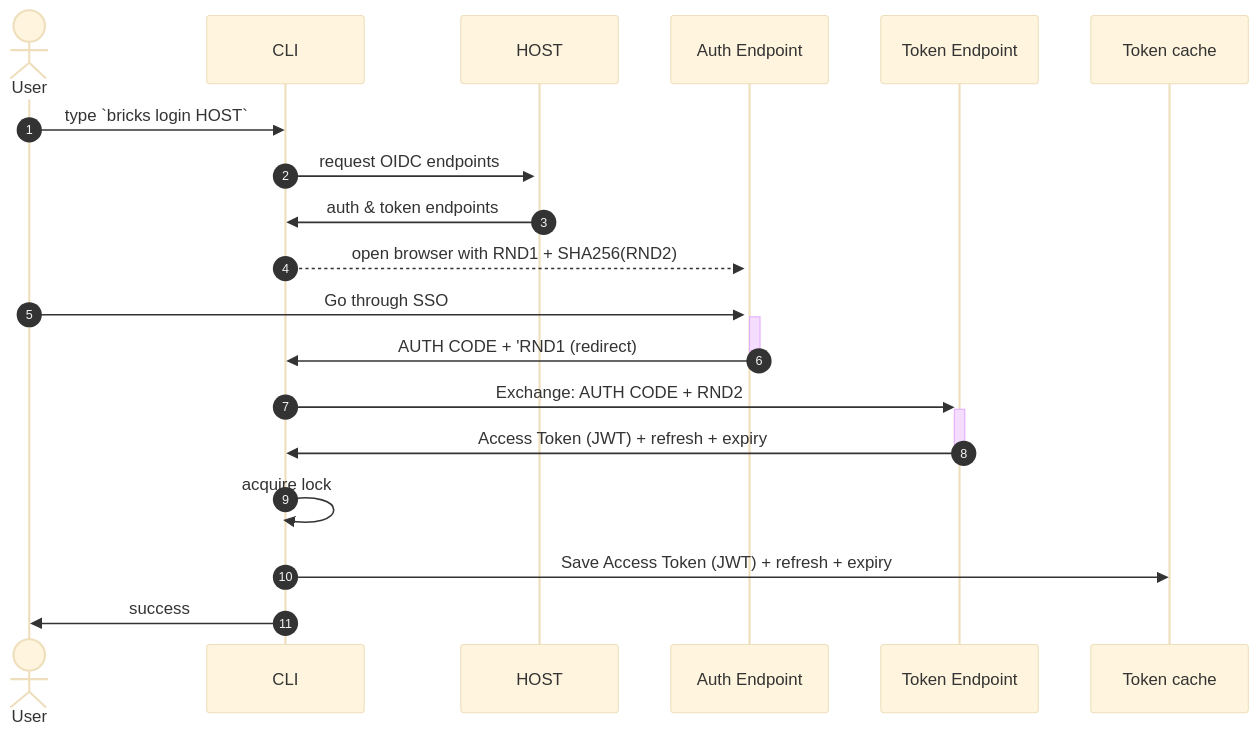
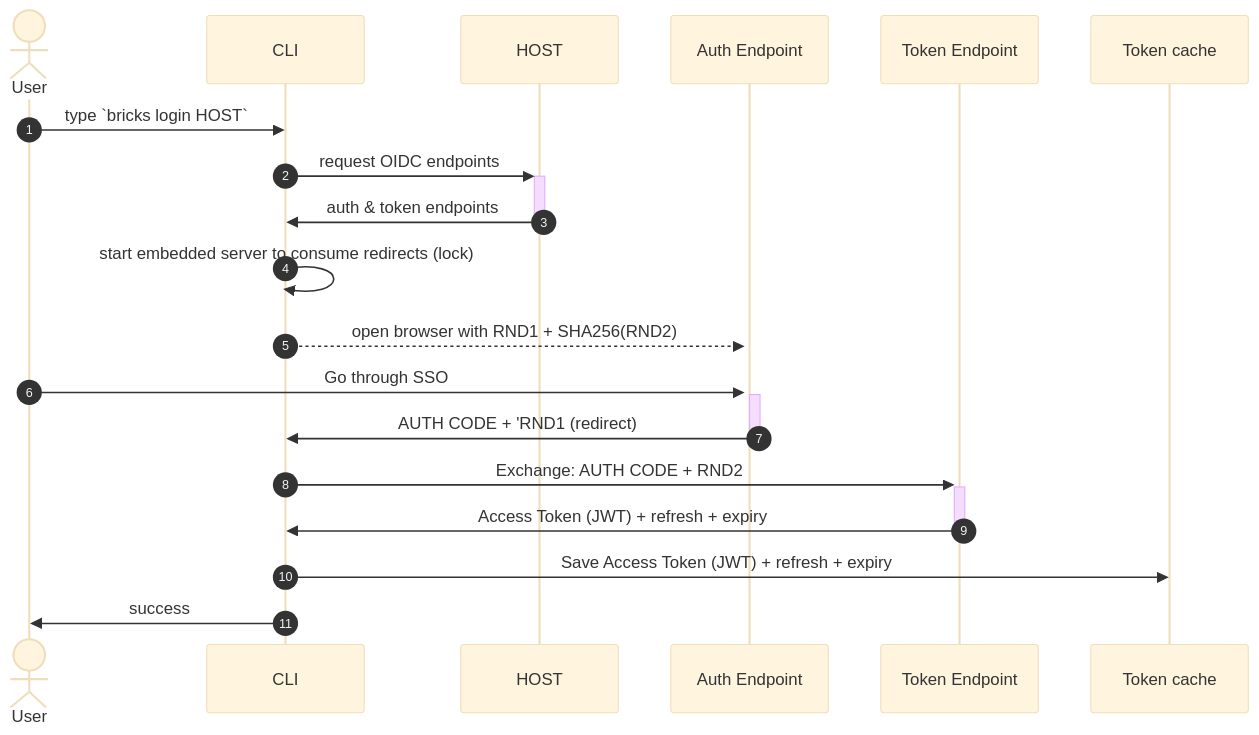
Before and after one commit to databricks/cli: the first of 2 diagrams in cmd/auth/README.md, drawn with Mermaid (base theme). The commit also changed other lines of this file and 12 other files, not shown here.

````diff
--- a/cmd/auth/README.md
+++ b/cmd/auth/README.md
@@ -5,19 +5,19 @@
 ```mermaid
 sequenceDiagram
     autonumber
     actor User
     
     User ->> CLI: type `bricks login HOST`
     CLI ->>+ HOST: request OIDC endpoints
-    HOST ->> CLI: auth & token endpoints
+    HOST ->>- CLI: auth & token endpoints
+    CLI ->> CLI: start embedded server to consume redirects (lock)
     CLI -->>+ Auth Endpoint: open browser with RND1 + SHA256(RND2)
 
     User ->>+ Auth Endpoint: Go through SSO
     Auth Endpoint ->>- CLI: AUTH CODE + 'RND1 (redirect)
 
     CLI ->>+ Token Endpoint: Exchange: AUTH CODE + RND2
     Token Endpoint ->>- CLI: Access Token (JWT) + refresh + expiry
-    CLI ->> CLI: acquire lock
     CLI ->> Token cache: Save Access Token (JWT) + refresh + expiry
     CLI ->> User: success
 ```
````
